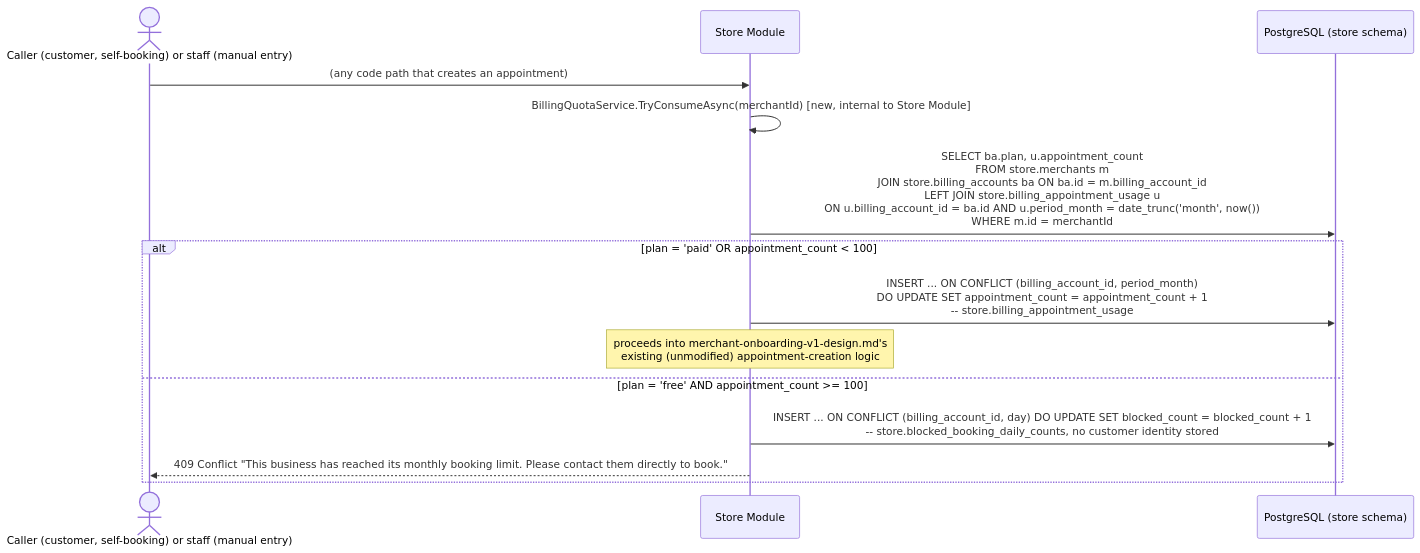
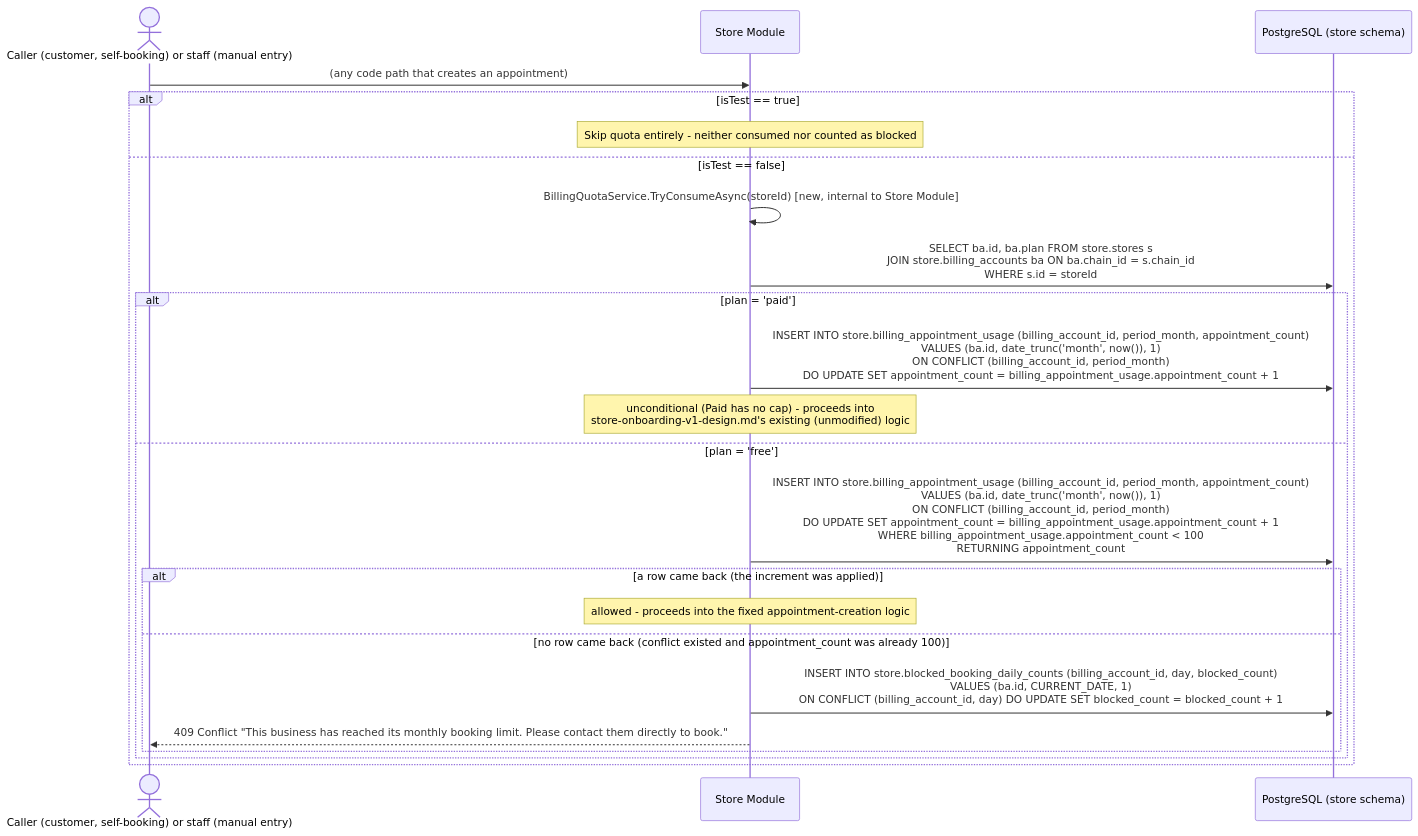
Before and after one commit to szhanggit/appointmentsystemdesign: the second of 6 diagrams in usercasestudy/groway-billing-workflow.md, drawn with Mermaid. The commit also changed other lines of this file and 6 other files, not shown here.

Commit message:
merchant -> chain

````diff
--- a/usercasestudy/groway-billing-workflow.md
+++ b/usercasestudy/groway-billing-workflow.md
@@ -82,17 +86,26 @@
 ```mermaid
 sequenceDiagram
     actor C as Caller (customer, self-booking) or staff (manual entry)
     participant SM as Store Module
     participant DB as PostgreSQL (store schema)
 
     C->>SM: (any code path that creates an appointment)
-    SM->>SM: BillingQuotaService.TryConsumeAsync(merchantId) [new, internal to Store Module]
-    SM->>DB: SELECT ba.plan, u.appointment_count<br/>FROM store.merchants m<br/>JOIN store.billing_accounts ba ON ba.id = m.billing_account_id<br/>LEFT JOIN store.billing_appointment_usage u<br/>  ON u.billing_account_id = ba.id AND u.period_month = date_trunc('month', now())<br/>WHERE m.id = merchantId
-    alt plan = 'paid'  OR  appointment_count < 100
-        SM->>DB: INSERT ... ON CONFLICT (billing_account_id, period_month)<br/>DO UPDATE SET appointment_count = appointment_count + 1<br/>-- store.billing_appointment_usage
-        Note over SM: proceeds into merchant-onboarding-v1-design.md's<br/>existing (unmodified) appointment-creation logic
-    else plan = 'free'  AND  appointment_count >= 100
-        SM->>DB: INSERT ... ON CONFLICT (billing_account_id, day) DO UPDATE SET blocked_count = blocked_count + 1<br/>-- store.blocked_booking_daily_counts, no customer identity stored
-        SM-->>C: 409 Conflict "This business has reached its monthly booking limit. Please contact them directly to book."
+    alt isTest == true
+        Note over SM: Skip quota entirely - neither consumed nor counted as blocked
+    else isTest == false
+        SM->>SM: BillingQuotaService.TryConsumeAsync(storeId) [new, internal to Store Module]
+        SM->>DB: SELECT ba.id, ba.plan FROM store.stores s<br/>JOIN store.billing_accounts ba ON ba.chain_id = s.chain_id<br/>WHERE s.id = storeId
+        alt plan = 'paid'
+            SM->>DB: INSERT INTO store.billing_appointment_usage (billing_account_id, period_month, appointment_count)<br/>VALUES (ba.id, date_trunc('month', now()), 1)<br/>ON CONFLICT (billing_account_id, period_month)<br/>DO UPDATE SET appointment_count = billing_appointment_usage.appointment_count + 1
+            Note over SM: unconditional (Paid has no cap) - proceeds into<br/>store-onboarding-v1-design.md's existing (unmodified) logic
+        else plan = 'free'
+            SM->>DB: INSERT INTO store.billing_appointment_usage (billing_account_id, period_month, appointment_count)<br/>VALUES (ba.id, date_trunc('month', now()), 1)<br/>ON CONFLICT (billing_account_id, period_month)<br/>DO UPDATE SET appointment_count = billing_appointment_usage.appointment_count + 1<br/>WHERE billing_appointment_usage.appointment_count < 100<br/>RETURNING appointment_count
+            alt a row came back (the increment was applied)
+                Note over SM: allowed - proceeds into the fixed appointment-creation logic
+            else no row came back (conflict existed and appointment_count was already 100)
+                SM->>DB: INSERT INTO store.blocked_booking_daily_counts (billing_account_id, day, blocked_count)<br/>VALUES (ba.id, CURRENT_DATE, 1)<br/>ON CONFLICT (billing_account_id, day) DO UPDATE SET blocked_count = blocked_count + 1
+                SM-->>C: 409 Conflict "This business has reached its monthly booking limit. Please contact them directly to book."
+            end
+        end
     end
 ```
````
